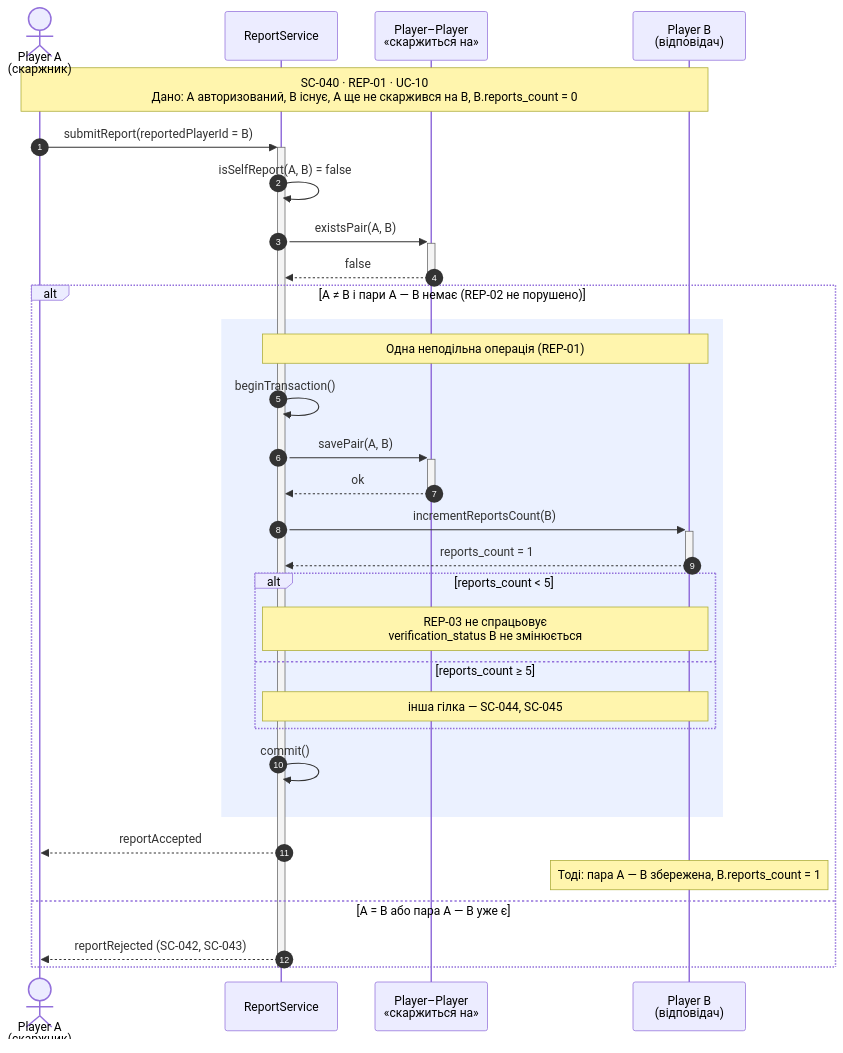
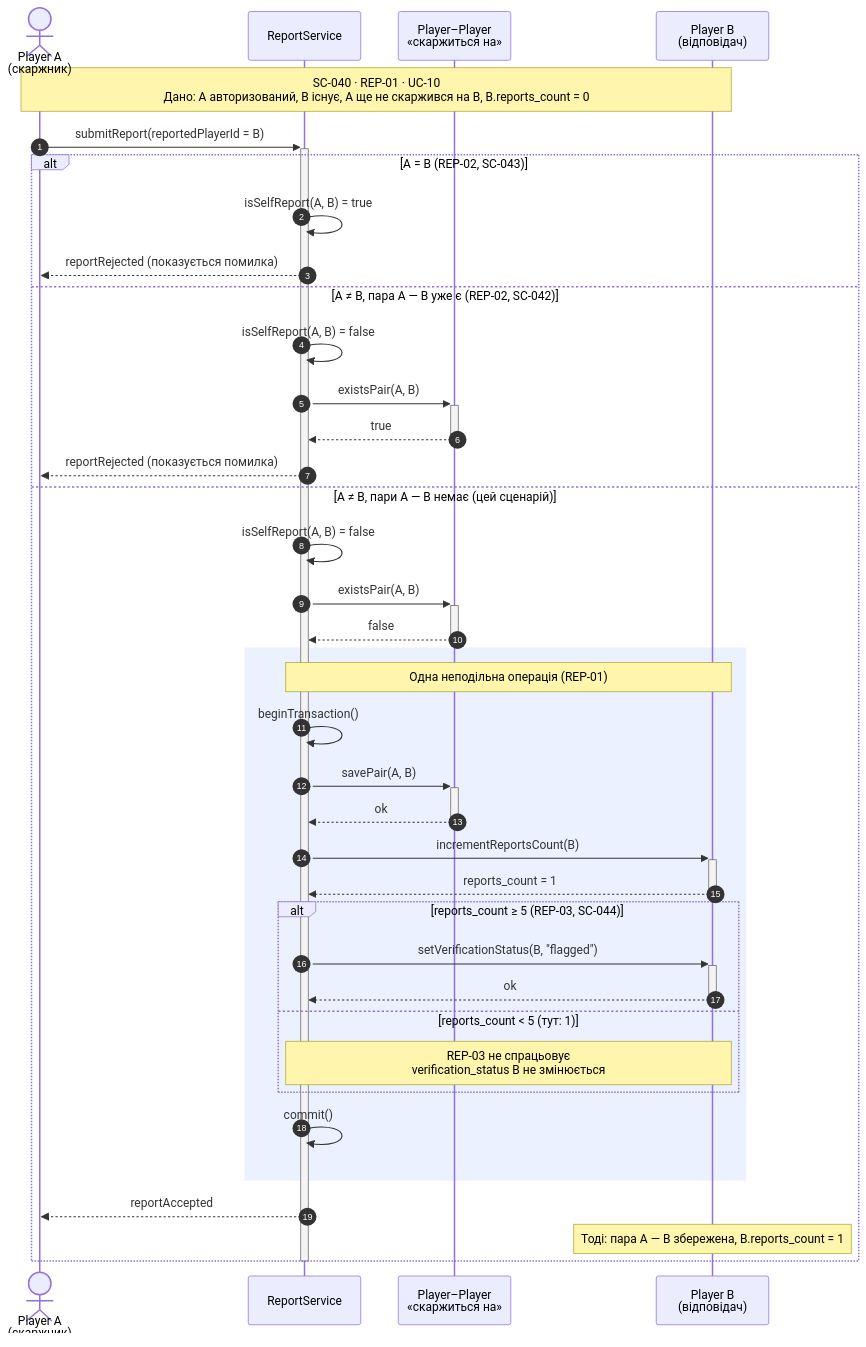
Before and after one commit to Honike-1/KPI2: the diagram in lab3/diagrams/sequence-040.mmd, drawn with Mermaid. The commit also changed 13 other files, not shown here.

Commit message:
docs: rework diagrams

```diff
--- a/lab3/diagrams/sequence-040.mmd
+++ b/lab3/diagrams/sequence-040.mmd
@@ -1,33 +1,41 @@
 sequenceDiagram
     autonumber
     actor A as Player A<br/>(скаржник)
     participant RS as ReportService
     participant REL as Player–Player<br/>«скаржиться на»
     participant PB as Player B<br/>(відповідач)
 
+
     Note over A,PB: SC-040 · REP-01 · UC-10<br/>Дано: A авторизований, B існує, A ще не скаржився на B, B.reports_count = 0
     A->>+RS: submitReport(reportedPlayerId = B)
-    RS->>RS: isSelfReport(A, B) = false
-    RS->>+REL: existsPair(A, B)
-    REL-->>-RS: false
-    alt A ≠ B і пари A — B немає (REP-02 не порушено)
+    alt A = B (REP-02, SC-043)
+        RS->>RS: isSelfReport(A, B) = true
+        RS-->>A: reportRejected (показується помилка)
+    else A ≠ B, пара A — B уже є (REP-02, SC-042)
+        RS->>RS: isSelfReport(A, B) = false
+        RS->>+REL: existsPair(A, B)
+        REL-->>-RS: true
+        RS-->>A: reportRejected (показується помилка)
+    else A ≠ B, пари A — B немає (цей сценарій)
+        RS->>RS: isSelfReport(A, B) = false
+        RS->>+REL: existsPair(A, B)
+        REL-->>-RS: false
         rect rgba(120, 160, 255, 0.15)
             Note over RS,PB: Одна неподільна операція (REP-01)
             RS->>RS: beginTransaction()
             RS->>+REL: savePair(A, B)
             REL-->>-RS: ok
             RS->>+PB: incrementReportsCount(B)
             PB-->>-RS: reports_count = 1
-            alt reports_count < 5
+            alt reports_count ≥ 5 (REP-03, SC-044)
+                RS->>+PB: setVerificationStatus(B, "flagged")
+                PB-->>-RS: ok
+            else reports_count < 5 (тут: 1)
                 Note over RS,PB: REP-03 не спрацьовує<br/>verification_status B не змінюється
-            else reports_count ≥ 5
-                Note over RS,PB: інша гілка — SC-044, SC-045
             end
             RS->>RS: commit()
         end
         RS-->>A: reportAccepted
         Note over PB: Тоді: пара A — B збережена, B.reports_count = 1
-    else A = B або пара A — B уже є
-        RS-->>A: reportRejected (SC-042, SC-043)
     end
     deactivate RS
```
